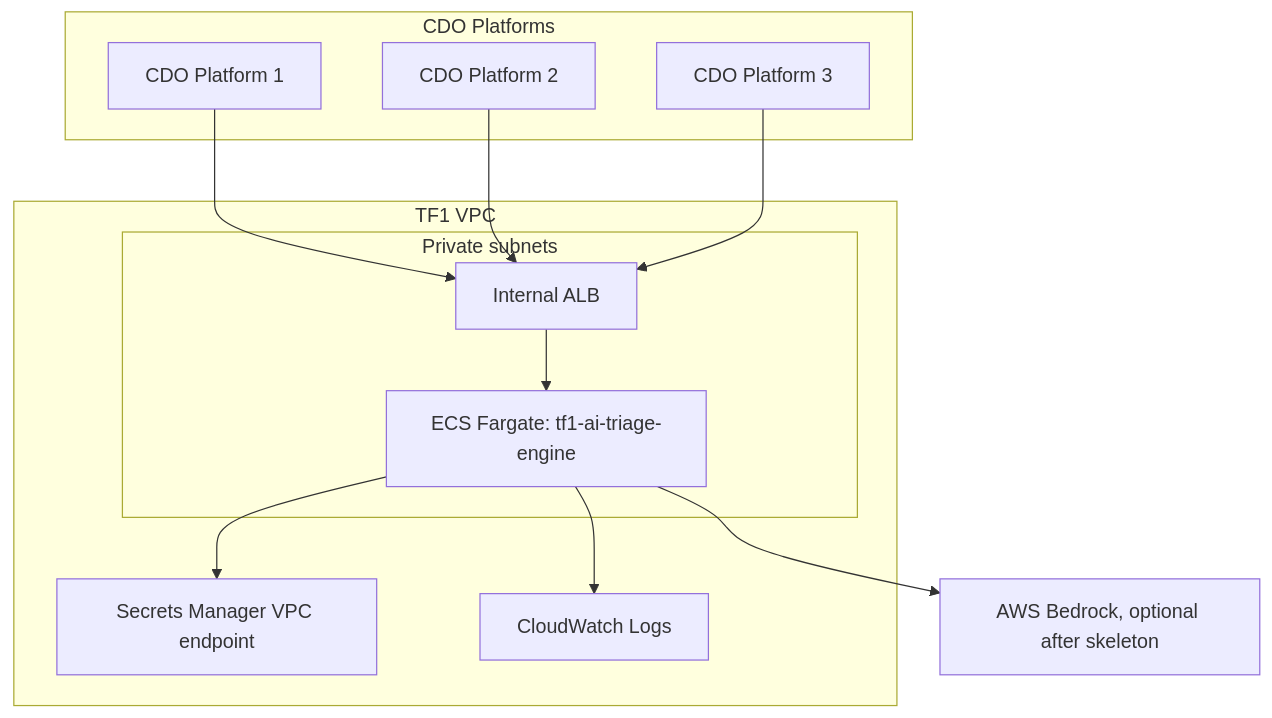
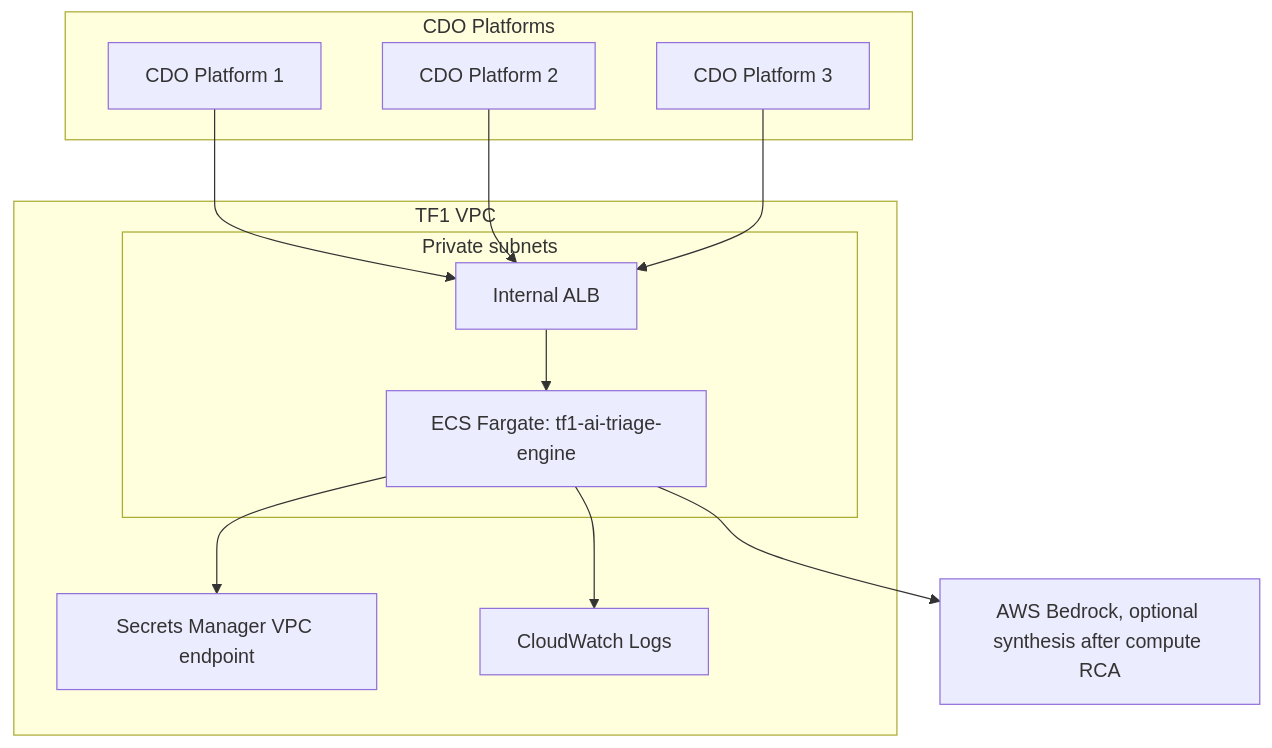
One commit to c0mmie-b0msh3ll/xBrain-capstone2 changed the diagram in capstone/tf-1/ai/contracts/deployment-contract.md. Above: the diagram before and after it, drawn with Mermaid. The commit also changed other lines of this file and 7 other files, not shown here.

Commit message:
Clarify event-driven compute-first triage architecture

````diff
--- a/capstone/tf-1/ai/contracts/deployment-contract.md
+++ b/capstone/tf-1/ai/contracts/deployment-contract.md
@@ -72,25 +76,25 @@
 ```mermaid
 graph TB
     subgraph "TF1 VPC"
         subgraph "Private subnets"
             ALB[Internal ALB]
             ECS[ECS Fargate: tf1-ai-triage-engine]
             ALB --> ECS
         end
         SM[Secrets Manager VPC endpoint]
         CW[CloudWatch Logs]
         ECS --> SM
         ECS --> CW
     end
-    Bedrock[AWS Bedrock, optional after skeleton]
+    Bedrock[AWS Bedrock, optional synthesis after compute RCA]
     ECS --> Bedrock
 
     subgraph "CDO Platforms"
         CDO1[CDO Platform 1]
         CDO2[CDO Platform 2]
         CDO3[CDO Platform 3]
     end
     CDO1 --> ALB
     CDO2 --> ALB
     CDO3 --> ALB
 ```
````
